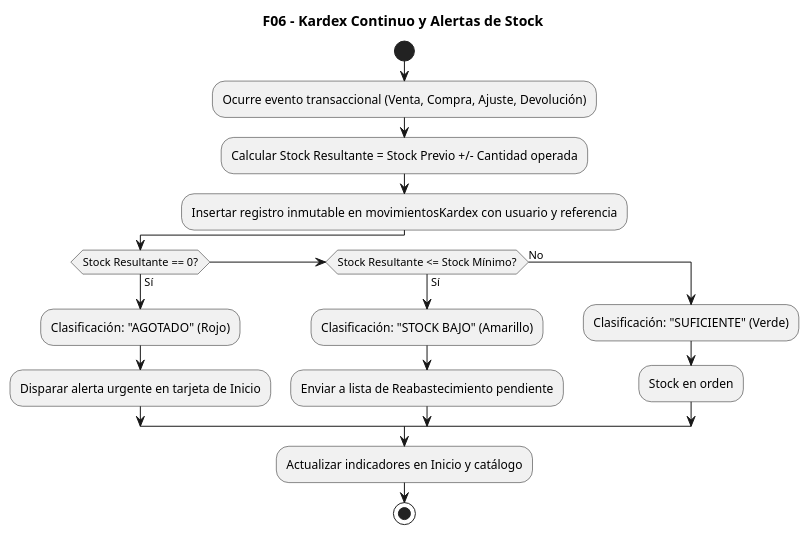
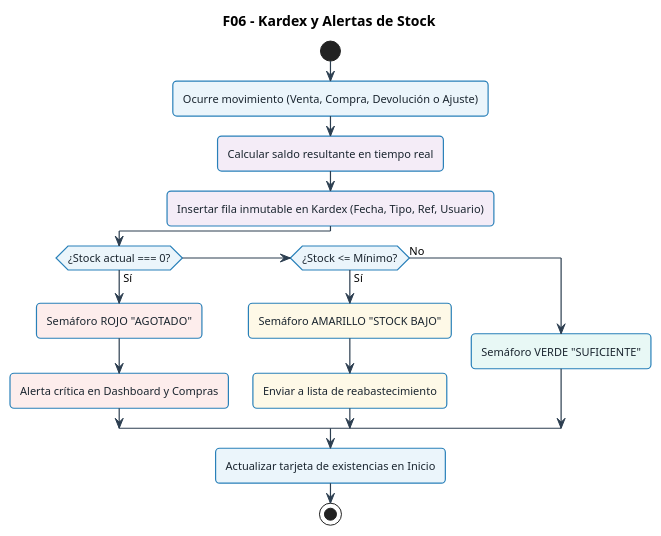
One commit to xmenil/ERP-KIPUS changed the sixth of 11 diagrams in docs/UML-flujos/flujos-consolidados-kipu.md. Above: the diagram before and after it, drawn with PlantUML. The commit also changed other lines of this file and 23 other files, not shown here.

Commit message:
docs(uml): simplificar flujos con estilo Bizagi BPMN coloreado y regenerar imagenes PNG

````diff
--- a/docs/UML-flujos/flujos-consolidados-kipu.md
+++ b/docs/UML-flujos/flujos-consolidados-kipu.md
@@ -408,27 +369,49 @@
 ```plantuml
 @startuml
-skinparam monochrome true
+skinparam defaultFontName "Segoe UI", Arial, sans-serif
+skinparam defaultFontSize 11
+skinparam roundCorner 8
 skinparam shadowing false
+skinparam ArrowColor #2C3E50
+skinparam ArrowThickness 1.2
 
-title F06 - Kardex Continuo y Alertas de Stock
+skinparam activity {
+  BackgroundColor #EBF5FB
+  BorderColor #2980B9
+  BorderThickness 1.2
+  FontColor #1A252F
+}
+skinparam decision {
+  BackgroundColor #FEF9E7
+  BorderColor #F39C12
+  BorderThickness 1.2
+  FontColor #7D6608
+}
+skinparam start {
+  Color #27AE60
+}
+skinparam stop {
+  Color #C0392B
+}
+
+title F06 - Kardex y Alertas de Stock
 
 start
-:Ocurre evento transaccional (Venta, Compra, Ajuste, Devolución);
-:Calcular Stock Resultante = Stock Previo +/- Cantidad operada;
-:Insertar registro inmutable en movimientosKardex con usuario y referencia;
+:Ocurre movimiento (Venta, Compra, Devolución o Ajuste);
+#F4ECF7:Calcular saldo resultante en tiempo real;
+#F4ECF7:Insertar fila inmutable en Kardex (Fecha, Tipo, Ref, Usuario);
 
-if (Stock Resultante == 0?) then (Sí)
-  :Clasificación: "AGOTADO" (Rojo);
-  :Disparar alerta urgente en tarjeta de Inicio;
-elseif (Stock Resultante <= Stock Mínimo?) then (Sí)
-  :Clasificación: "STOCK BAJO" (Amarillo);
-  :Enviar a lista de Reabastecimiento pendiente;
+if (¿Stock actual === 0?) then (Sí)
+  #FDEDEC:Semáforo ROJO "AGOTADO";
+  #FDEDEC:Alerta crítica en Dashboard y Compras;
+elseif (¿Stock <= Mínimo?) then (Sí)
+  #FEF9E7:Semáforo AMARILLO "STOCK BAJO";
+  #FEF9E7:Enviar a lista de reabastecimiento;
 else (No)
-  :Clasificación: "SUFICIENTE" (Verde);
-  :Stock en orden;
+  #E8F8F5:Semáforo VERDE "SUFICIENTE";
 endif
 
-:Actualizar indicadores en Inicio y catálogo;
+:Actualizar tarjeta de existencias en Inicio;
 stop
 @enduml
 ```
````
